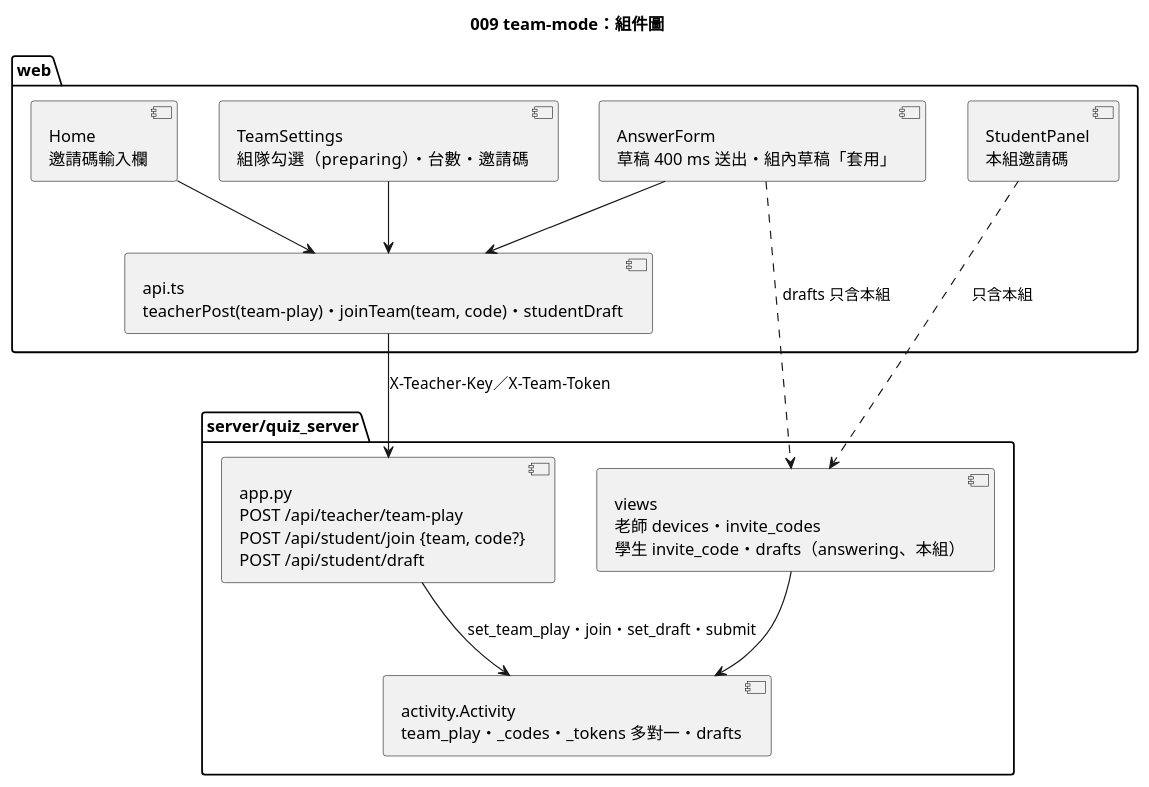
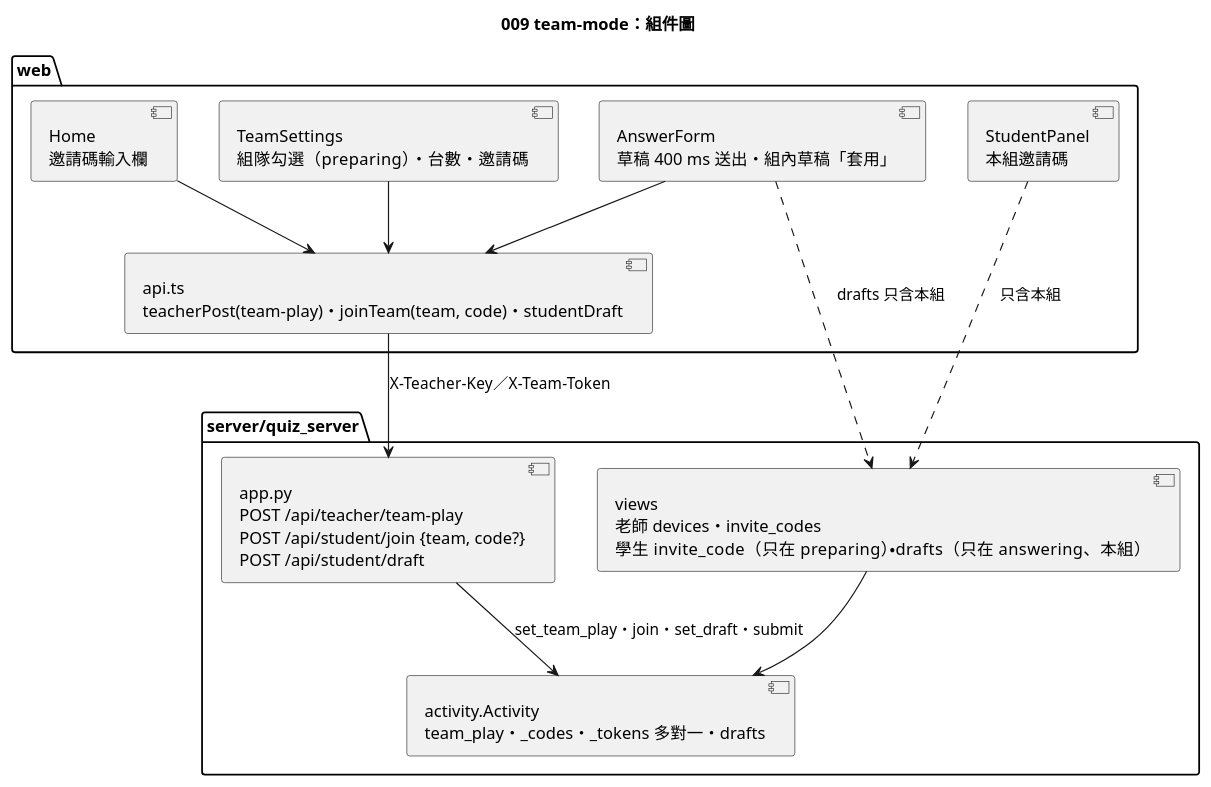
One commit to yue083139/software_fin-speckit changed the diagram in diagrams/009-team-mode-component.puml. Above: the diagram before and after it, drawn with PlantUML. The commit also changed 3 other files, not shown here.

```diff
--- a/diagrams/009-team-mode-component.puml
+++ b/diagrams/009-team-mode-component.puml
@@ -1,26 +1,26 @@
 @startuml 009-team-mode-component
 title 009 team-mode：組件圖
 
 package "web" {
   [TeamSettings\n組隊勾選（preparing）・台數・邀請碼] as TSet
   [Home\n邀請碼輸入欄] as Home
   [StudentPanel\n本組邀請碼] as SPanel
   [AnswerForm\n草稿 400 ms 送出・組內草稿「套用」] as Form
   [api.ts\nteacherPost(team-play)・joinTeam(team, code)・studentDraft] as Api
 }
 
 package "server/quiz_server" {
   [app.py\nPOST /api/teacher/team-play\nPOST /api/student/join {team, code?}\nPOST /api/student/draft] as App
   [activity.Activity\nteam_play・_codes・_tokens 多對一・drafts] as Act
-  [views\n老師 devices・invite_codes\n學生 invite_code・drafts（answering、本組）] as Views
+  [views\n老師 devices・invite_codes\n學生 invite_code（只在 preparing）・drafts（只在 answering、本組）] as Views
 }
 
 TSet --> Api
 Home --> Api
 Form --> Api
 Api --> App : X-Teacher-Key／X-Team-Token
 App --> Act : set_team_play・join・set_draft・submit
 Views --> Act
 SPanel ..> Views : 只含本組
 Form ..> Views : drafts 只含本組
 @enduml
```
